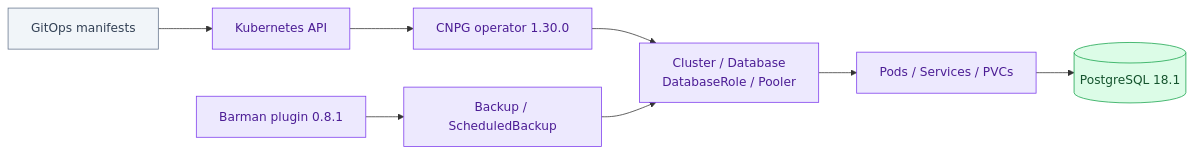
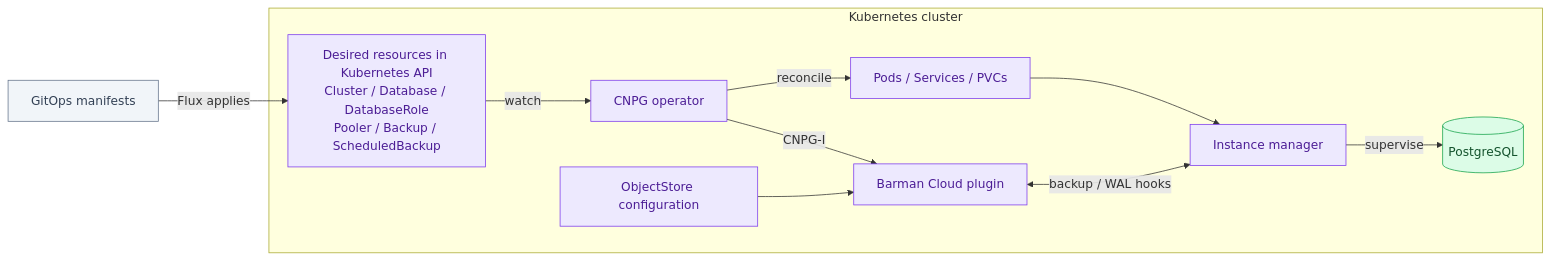
One commit to duynhlab/homelab changed the diagram in docs/databases/cloudnativepg.md. Above: the diagram before and after it, drawn with Mermaid. The commit also changed other lines of this file and 18 other files, not shown here.

First line of the commit message:
Improve database platform operations docs

````diff
--- a/docs/databases/cloudnativepg.md
+++ b/docs/databases/cloudnativepg.md
@@ -21,17 +21,21 @@
 ```mermaid
 flowchart LR
-    Git["GitOps manifests"] --> API["Kubernetes API"]
-    API --> Operator["CNPG operator 1.30.0"]
-    Operator --> CRs["Cluster / Database<br/>DatabaseRole / Pooler"]
-    CRs --> Runtime["Pods / Services / PVCs"]
-    Runtime --> PG[("PostgreSQL 18.1")]
-    Barman["Barman plugin 0.8.1"] --> Backup["Backup / ScheduledBackup"]
-    Backup --> CRs
+    Git["GitOps manifests"] -->|"Flux applies"| CRs
+    subgraph Cluster["Kubernetes cluster"]
+        CRs["Desired resources in Kubernetes API<br/>Cluster / Database / DatabaseRole<br/>Pooler / Backup / ScheduledBackup"]
+        CRs -->|"watch"| Operator["CNPG operator"]
+        Operator -->|"reconcile"| Runtime["Pods / Services / PVCs"]
+        Runtime --> Manager["Instance manager"]
+        Manager -->|"supervise"| PG[("PostgreSQL")]
+        Operator -->|"CNPG-I"| Barman["Barman Cloud plugin"]
+        Store["ObjectStore configuration"] --> Barman
+        Barman <-->|"backup / WAL hooks"| Manager
+    end
 
     classDef platform fill:#ede9fe,color:#4c1d95,stroke:#7c3aed;
     classDef data fill:#dcfce7,color:#14532d,stroke:#16a34a;
     classDef external fill:#f1f5f9,color:#334155,stroke:#64748b;
     class Git external;
-    class API,Operator,CRs,Runtime,Barman,Backup platform;
+    class Operator,CRs,Runtime,Manager,Barman,Store platform;
     class PG data;
 ```
````
